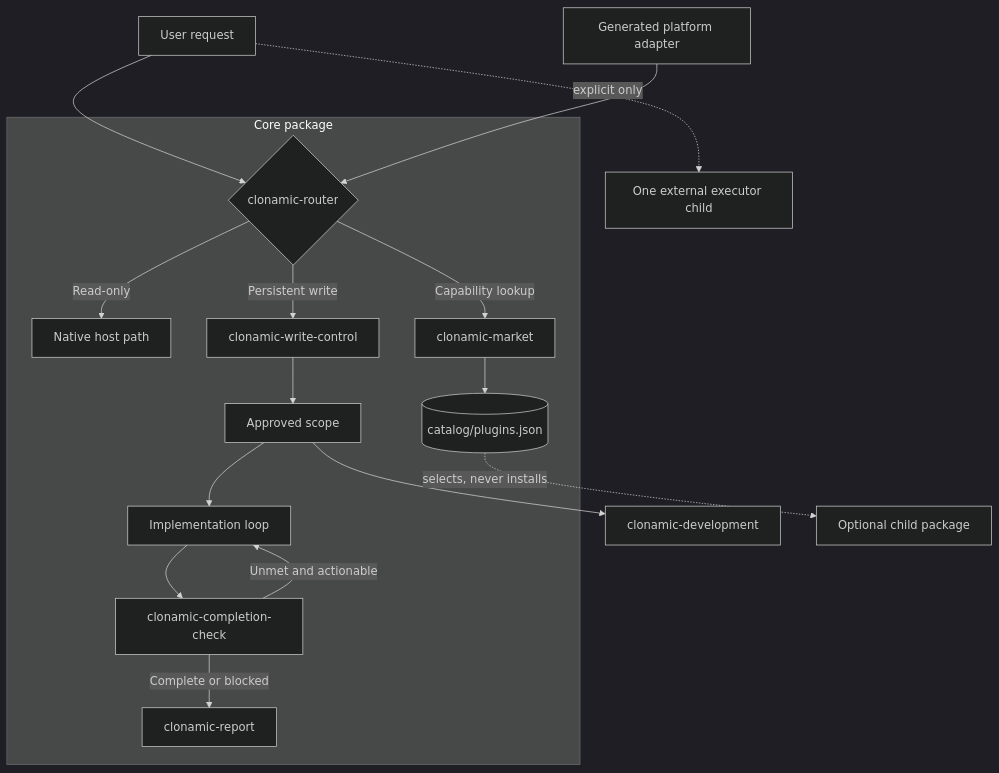
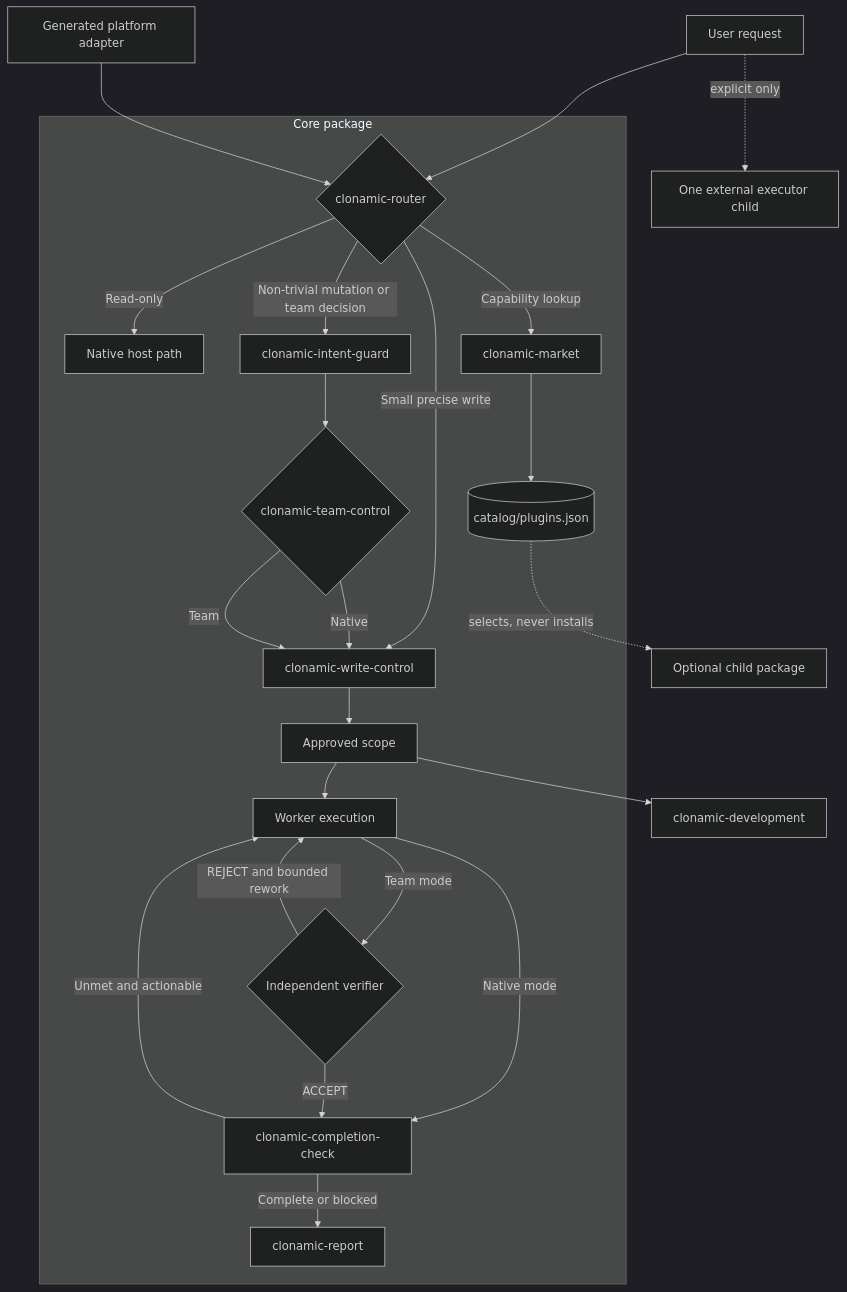
The diagram in DESIGN.md (algocean1204/clonamic-herness-plugin), drawn with Mermaid (dark theme) before and after one commit. The commit also changed other lines of this file and 32 other files, not shown here.

Commit message:
Add proportional team control

````diff
--- a/DESIGN.md
+++ b/DESIGN.md
@@ -7,21 +7,28 @@
 ```mermaid
 flowchart TB
     U[User request] --> R{clonamic-router}
 
     subgraph Core[Core package]
         R -->|Read-only| H[Native host path]
-        R -->|Persistent write| W[clonamic-write-control]
+        R -->|Small precise write| W[clonamic-write-control]
+        R -->|Non-trivial mutation or team decision| I[clonamic-intent-guard]
+        I --> T{clonamic-team-control}
+        T -->|Native| W
+        T -->|Team| W
         W --> A[Approved scope]
-        A --> X[Implementation loop]
-        X --> C[clonamic-completion-check]
+        A --> X[Worker execution]
+        X -->|Native mode| C
+        X -->|Team mode| V{Independent verifier}
+        V -->|REJECT and bounded rework| X
+        V -->|ACCEPT| C[clonamic-completion-check]
         C -->|Unmet and actionable| X
         C -->|Complete or blocked| P[clonamic-report]
         R -->|Capability lookup| M[clonamic-market]
         M --> K[(catalog/plugins.json)]
     end
 
     K -. selects, never installs .-> O[Optional child package]
     A --> D[clonamic-development]
     U -. explicit only .-> E[One external executor child]
     G[Generated platform adapter] --> R
 ```
````
